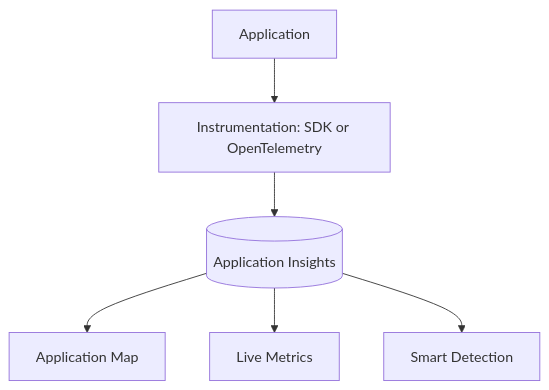
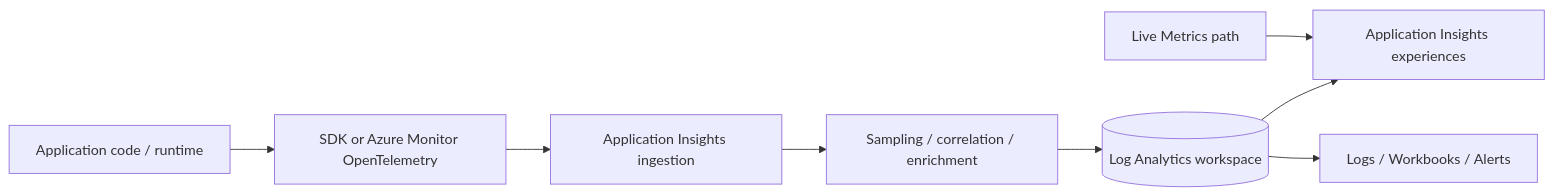
The first of 2 diagrams in docs/platform/application-insights.md (yeongseon/azure-monitoring-practical-guide), drawn with Mermaid before and after one commit. The commit also changed other lines of this file and 50 other files, not shown here.

````diff
--- a/docs/platform/application-insights.md
+++ b/docs/platform/application-insights.md
@@ -31,8 +7,10 @@
 ```mermaid
-graph TD
-    App[Application] --> SDK[Instrumentation: SDK or OpenTelemetry]
-    SDK --> AppInsights[(Application Insights)]
-    AppInsights --> AppMap[Application Map]
-    AppInsights --> LiveMetrics[Live Metrics]
-    AppInsights --> SmartDetection[Smart Detection]
+flowchart LR
+    APP[Application code / runtime] --> INST[SDK or Azure Monitor OpenTelemetry]
+    INST --> ING[Application Insights ingestion]
+    ING --> PROC[Sampling / correlation / enrichment]
+    PROC --> LAW[(Log Analytics workspace)]
+    LAW --> APM[Application Insights experiences]
+    LAW --> KQL[Logs / Workbooks / Alerts]
+    LIVE[Live Metrics path] --> APM
 ```
````
